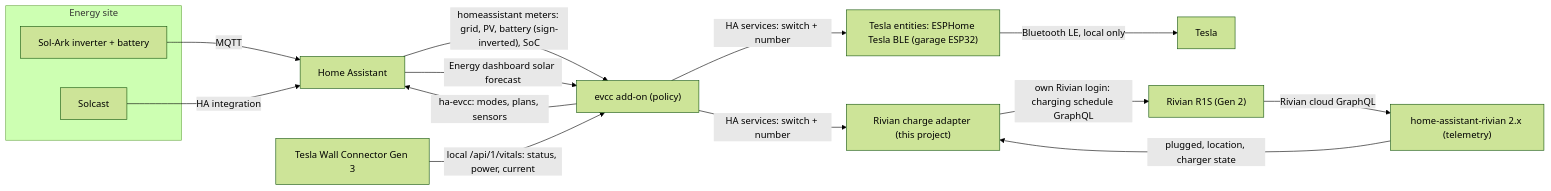
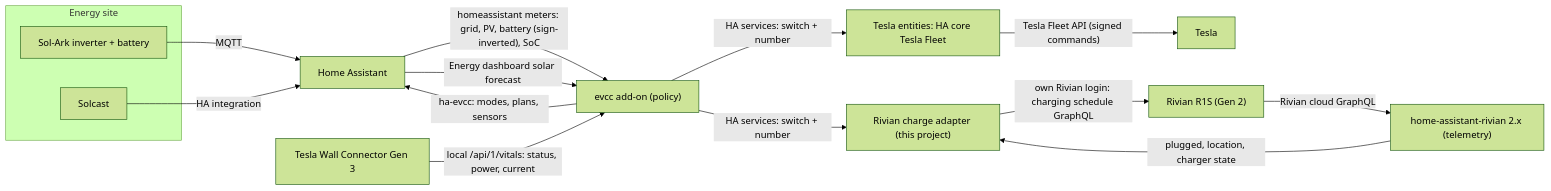
The diagram in docs/SOLAR_CHARGING_ARCHITECTURE.md (bballdavis/SolarSage), drawn with Mermaid (forest theme) before and after one commit. The commit also changed other lines of this file and 6 other files, not shown here.

First line of the commit message:
Use Tesla's own API through HA's Tesla Fleet integration

````diff
--- a/docs/SOLAR_CHARGING_ARCHITECTURE.md
+++ b/docs/SOLAR_CHARGING_ARCHITECTURE.md
@@ -38,19 +38,19 @@
 ```mermaid
 flowchart LR
   subgraph Site["Energy site"]
     SolArk["Sol-Ark inverter + battery"]
     Solcast["Solcast"]
   end
   SolArk -->|MQTT| HA["Home Assistant"]
   Solcast -->|HA integration| HA
   HA -->|"homeassistant meters: grid, PV, battery (sign-inverted), SoC"| EVCC["evcc add-on (policy)"]
   HA -->|"Energy dashboard solar forecast"| EVCC
   TWC3["Tesla Wall Connector Gen 3"] -->|"local /api/1/vitals: status, power, current"| EVCC
-  EVCC -->|"HA services: switch + number"| TeslaEnt["Tesla entities: ESPHome Tesla BLE (garage ESP32)"]
+  EVCC -->|"HA services: switch + number"| TeslaEnt["Tesla entities: HA core Tesla Fleet"]
   EVCC -->|"HA services: switch + number"| Adapter["Rivian charge adapter (this project)"]
   RivInt["home-assistant-rivian 2.x (telemetry)"] -->|"plugged, location, charger state"| Adapter
   Adapter -->|"own Rivian login: charging schedule GraphQL"| R1S["Rivian R1S (Gen 2)"]
   R1S -->|"Rivian cloud GraphQL"| RivInt
-  TeslaEnt -->|"Bluetooth LE, local only"| Tesla["Tesla"]
+  TeslaEnt -->|"Tesla Fleet API (signed commands)"| Tesla["Tesla"]
   EVCC -->|"ha-evcc: modes, plans, sensors"| HA
 ```
````
